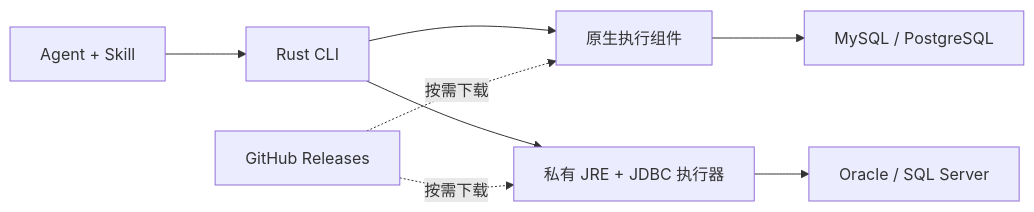
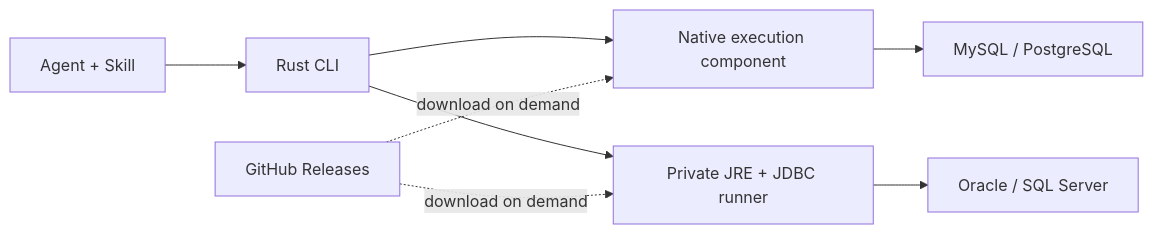
The diagram in docs/design.md (OtterMind/sqlx), drawn with Mermaid before and after one commit. The commit also changed other lines of this file, not shown here.

````diff
--- a/docs/design.md
+++ b/docs/design.md
@@ -97,10 +97,10 @@
 ```mermaid
 flowchart LR
     A[Agent + Skill] --> C[Rust CLI]
-    C --> N[原生执行组件]
-    C --> J[私有 JRE + JDBC 执行器]
+    C --> N[Native execution component]
+    C --> J[Private JRE + JDBC runner]
     N --> M[MySQL / PostgreSQL]
     J --> O[Oracle / SQL Server]
-    R[GitHub Releases] -.按需下载.-> N
-    R -.按需下载.-> J
+    R[GitHub Releases] -.download on demand.-> N
+    R -.download on demand.-> J
 ```
````
